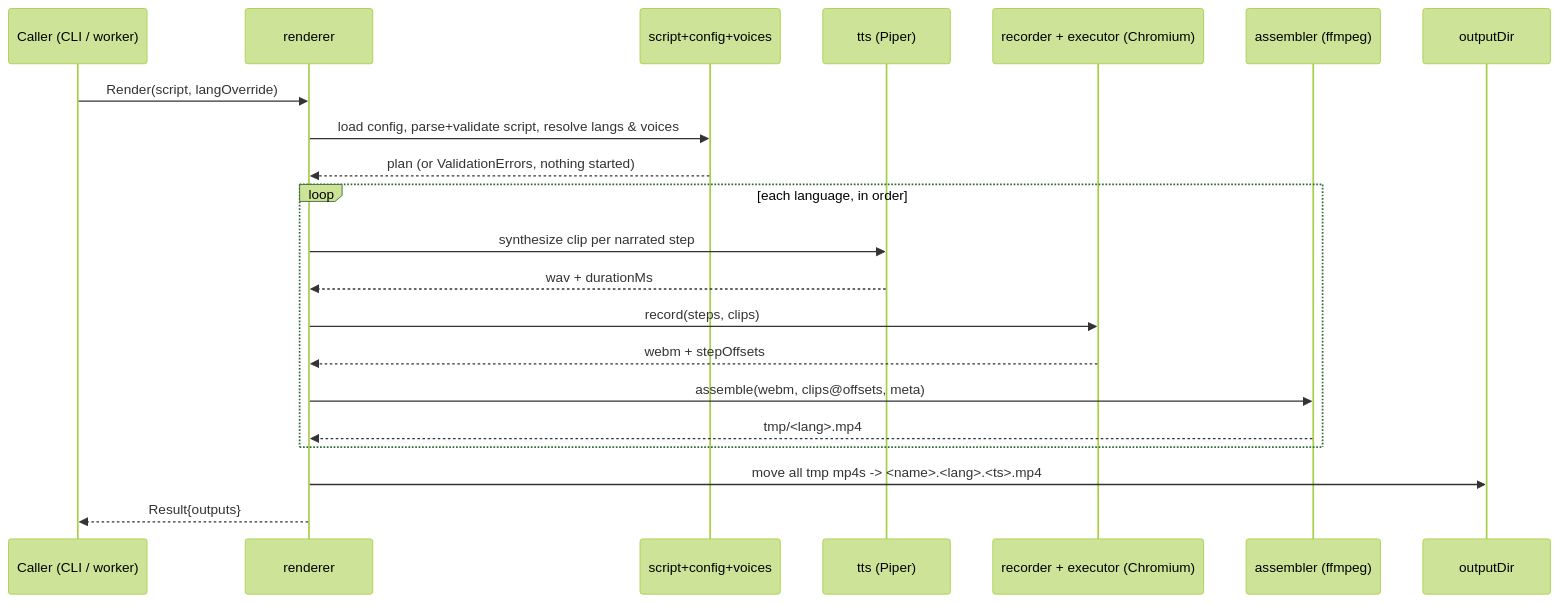
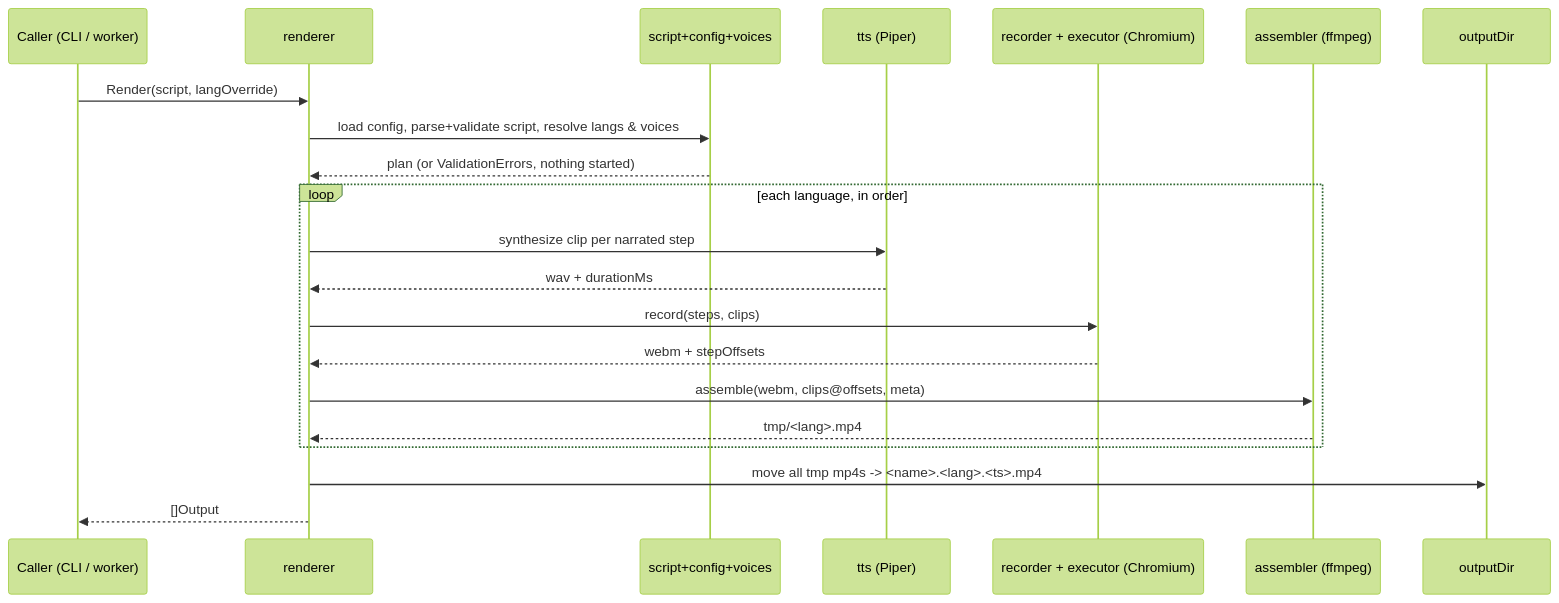
Before and after one commit to makuchpatryk/screencaster: the second of 3 diagrams in docs/ARCHITECTURE.md, drawn with Mermaid (forest theme). The commit also changed other lines of this file and 22 other files, not shown here.

````diff
--- a/docs/ARCHITECTURE.md
+++ b/docs/ARCHITECTURE.md
@@ -92,24 +92,24 @@
 ```mermaid
 sequenceDiagram
     participant C as Caller (CLI / worker)
     participant R as renderer
     participant V as script+config+voices
     participant T as tts (Piper)
     participant B as recorder + executor (Chromium)
     participant A as assembler (ffmpeg)
     participant FS as outputDir
 
     C->>R: Render(script, langOverride)
     R->>V: load config, parse+validate script, resolve langs & voices
     V-->>R: plan (or ValidationErrors, nothing started)
     loop each language, in order
         R->>T: synthesize clip per narrated step
         T-->>R: wav + durationMs
         R->>B: record(steps, clips)
         B-->>R: webm + stepOffsets
         R->>A: assemble(webm, clips@offsets, meta)
         A-->>R: tmp/<lang>.mp4
     end
     R->>FS: move all tmp mp4s -> <name>.<lang>.<ts>.mp4
-    R-->>C: Result{outputs}
+    R-->>C: []Output
 ```
````
